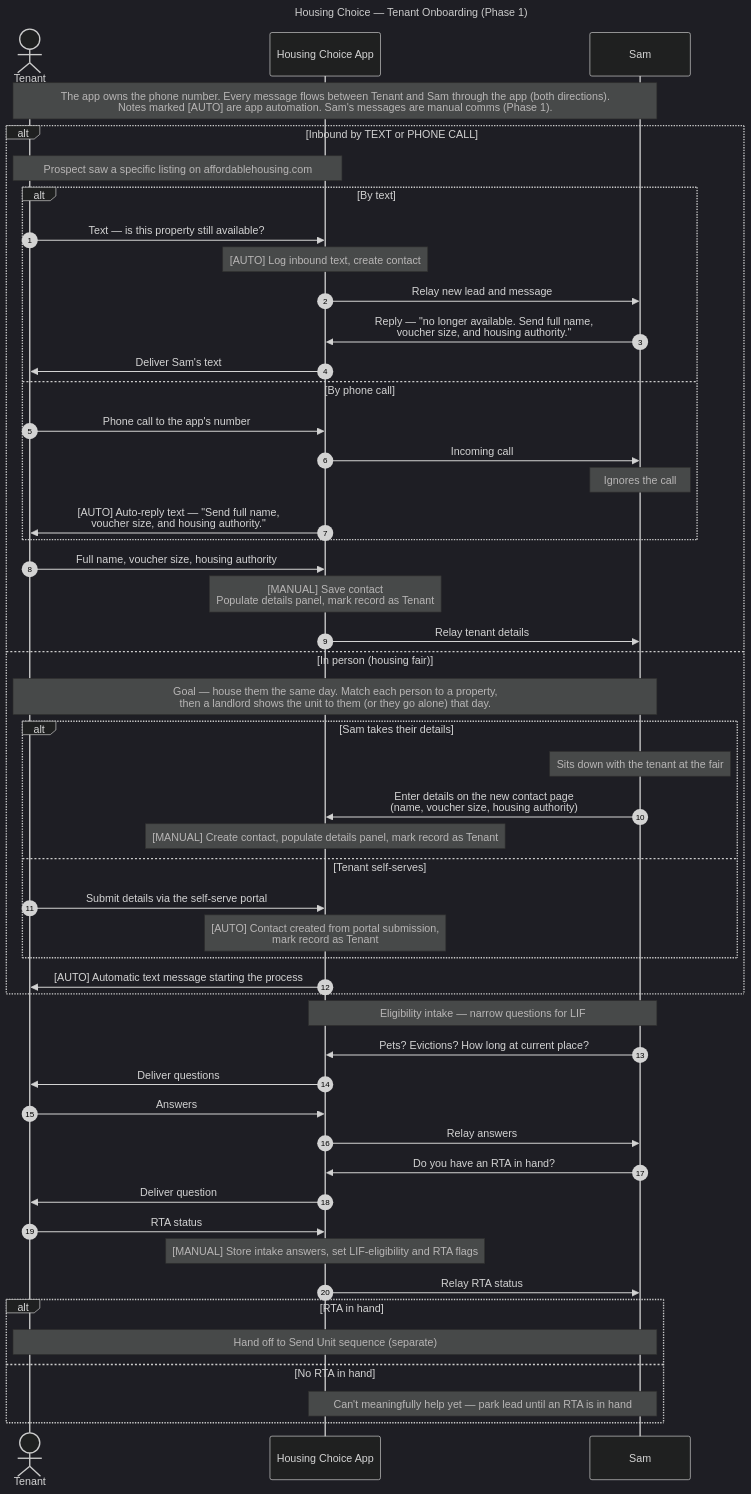
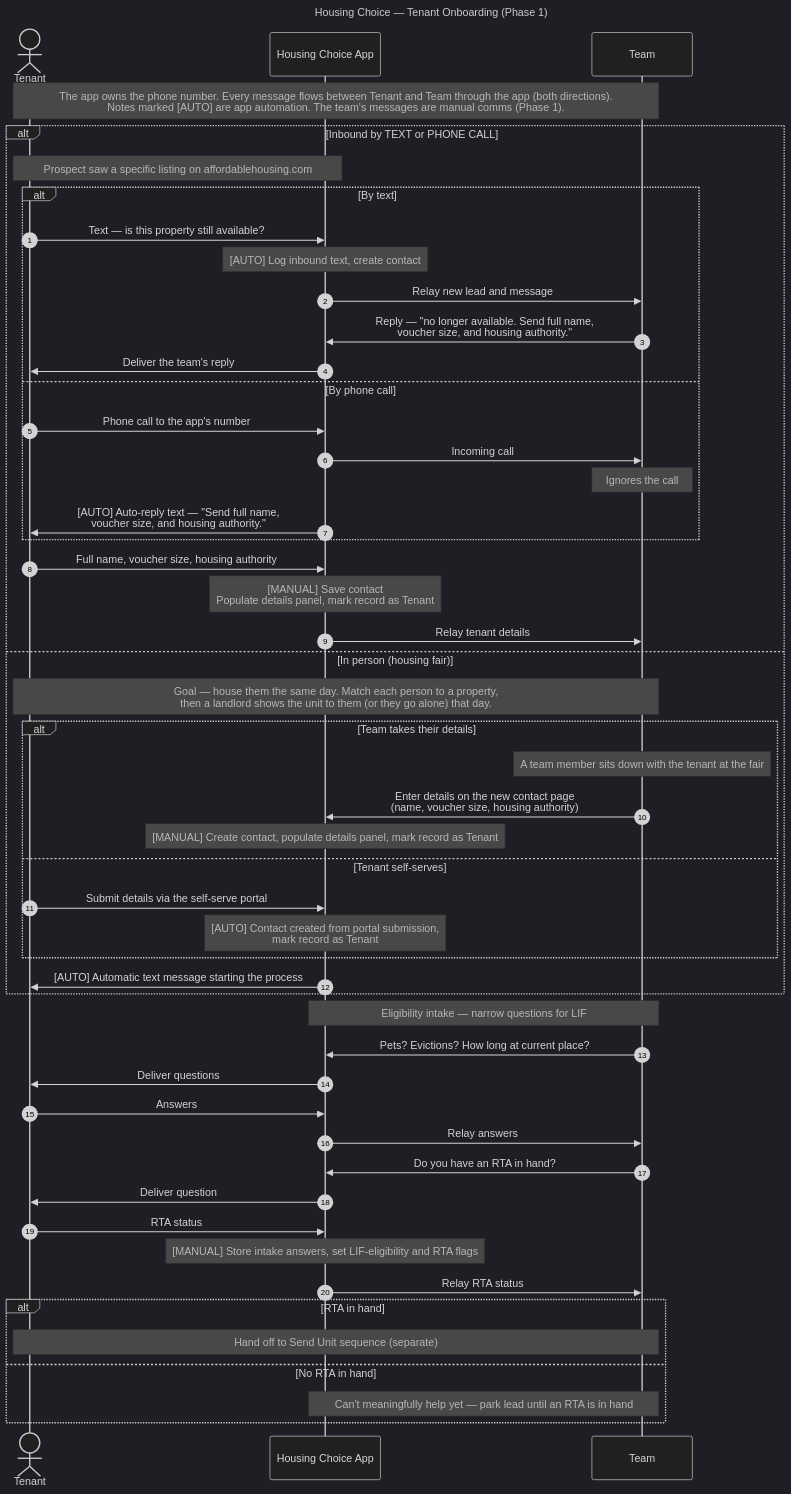
Before and after one commit to samanthajill2626/HousingChoice-Application: the diagram in documentation/tenant-onboarding-sequence.mermaid, drawn with Mermaid (dark theme). The commit also changed 3 other files, not shown here.

Commit message:
Added sending unit sequence writeup and adjusted the entity naming of the other sequences.

```diff
--- a/documentation/tenant-onboarding-sequence.mermaid
+++ b/documentation/tenant-onboarding-sequence.mermaid
@@ -1,53 +1,53 @@
 ---
 title: Housing Choice — Tenant Onboarding (Phase 1)
 ---
 sequenceDiagram
     autonumber
     actor T as Tenant
     participant A as Housing Choice App
-    participant S as Sam
-    Note over T,S: The app owns the phone number. Every message flows between Tenant and Sam through the app (both directions).<br/>Notes marked [AUTO] are app automation. Sam's messages are manual comms (Phase 1).
+    participant S as Team
+    Note over T,S: The app owns the phone number. Every message flows between Tenant and Team through the app (both directions).<br/>Notes marked [AUTO] are app automation. The team's messages are manual comms (Phase 1).
     alt Inbound by TEXT or PHONE CALL
         Note over T,A: Prospect saw a specific listing on affordablehousing.com
         alt By text
             T->>A: Text — is this property still available?
             Note over A: [AUTO] Log inbound text, create contact
             A->>S: Relay new lead and message
             S->>A: Reply — "no longer available. Send full name,<br/>voucher size, and housing authority."
-            A->>T: Deliver Sam's text
+            A->>T: Deliver the team's reply
         else By phone call
             T->>A: Phone call to the app's number
             A->>S: Incoming call
             Note over S: Ignores the call
             A->>T: [AUTO] Auto-reply text — "Send full name,<br/>voucher size, and housing authority."
         end
         T->>A: Full name, voucher size, housing authority
         Note over A: [MANUAL] Save contact<br/>Populate details panel, mark record as Tenant
         A->>S: Relay tenant details
     else In person (housing fair)
         Note over S,T: Goal — house them the same day. Match each person to a property,<br/>then a landlord shows the unit to them (or they go alone) that day.
-        alt Sam takes their details
-            Note over S: Sits down with the tenant at the fair
+        alt Team takes their details
+            Note over S: A team member sits down with the tenant at the fair
             S->>A: Enter details on the new contact page<br/>(name, voucher size, housing authority)
             Note over A: [MANUAL] Create contact, populate details panel, mark record as Tenant
         else Tenant self-serves
             T->>A: Submit details via the self-serve portal
             Note over A: [AUTO] Contact created from portal submission,<br/>mark record as Tenant
         end
         A->>T: [AUTO] Automatic text message starting the process
     end
     Note over S,A: Eligibility intake — narrow questions for LIF
     S->>A: Pets? Evictions? How long at current place?
     A->>T: Deliver questions
     T->>A: Answers
     A->>S: Relay answers
     S->>A: Do you have an RTA in hand?
     A->>T: Deliver question
     T->>A: RTA status
     Note over A: [MANUAL] Store intake answers, set LIF-eligibility and RTA flags
     A->>S: Relay RTA status
     alt RTA in hand
         Note over T,S: Hand off to Send Unit sequence (separate)
     else No RTA in hand
         Note over S,A: Can't meaningfully help yet — park lead until an RTA is in hand
     end
```
